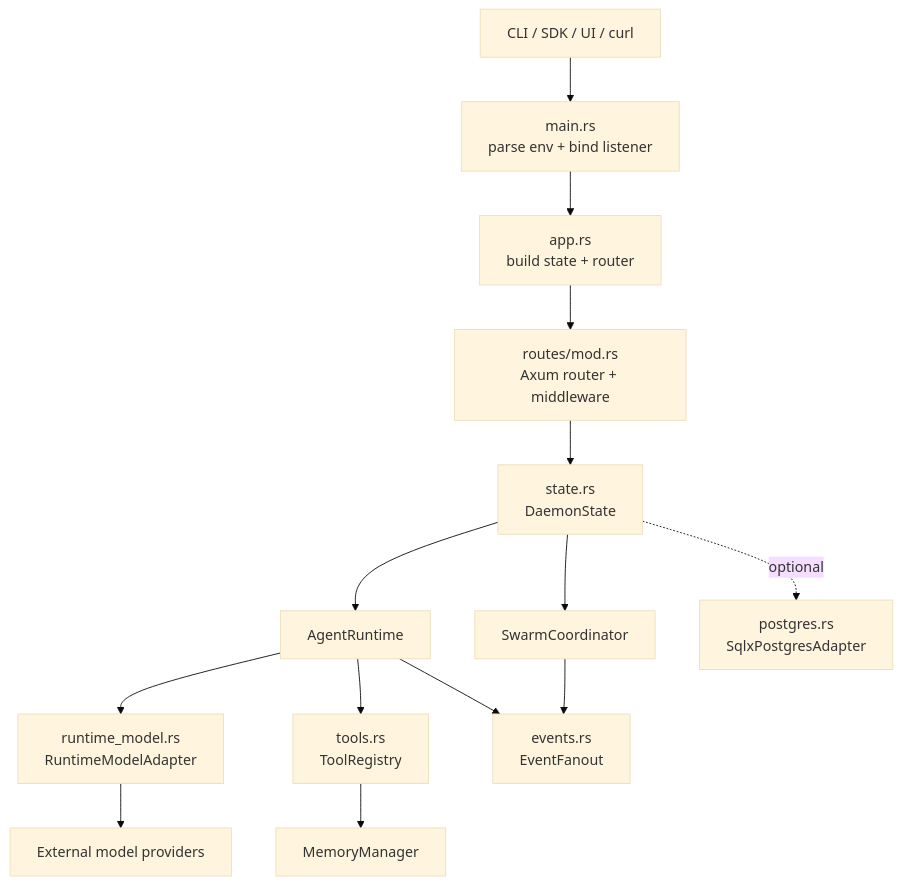
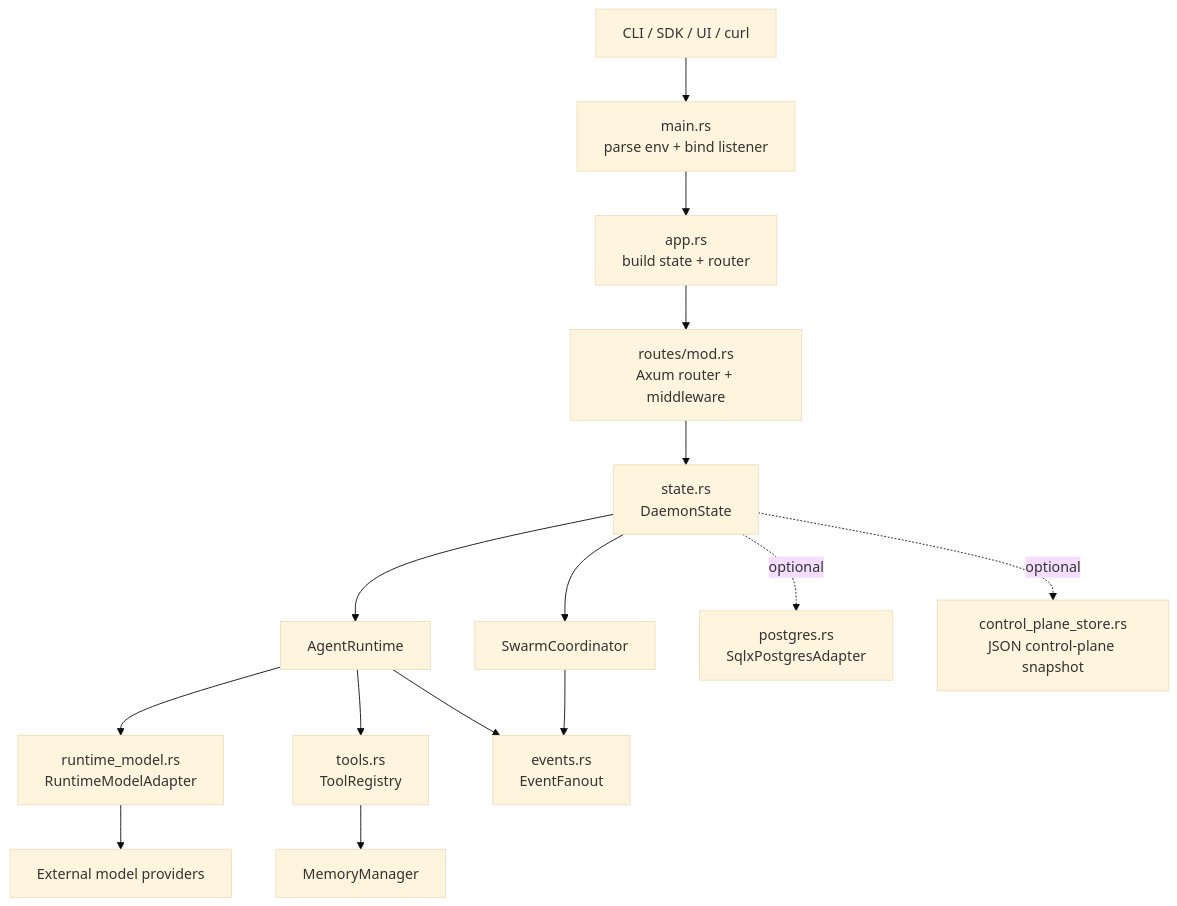
The first of 3 diagrams in docs/rust-daemon-architecture.md (G9000/animaOS-SWARM), drawn with Mermaid (base theme) before and after one commit. The commit also changed other lines of this file and 103 other files, not shown here.

````diff
--- a/docs/rust-daemon-architecture.md
+++ b/docs/rust-daemon-architecture.md
@@ -27,30 +28,32 @@
 ```mermaid
 graph TD
     Client["CLI / SDK / UI / curl"]
     Main["main.rs\nparse env + bind listener"]
     App["app.rs\nbuild state + router"]
     Router["routes/mod.rs\nAxum router + middleware"]
     State["state.rs\nDaemonState"]
     Runtime["AgentRuntime"]
     Swarm["SwarmCoordinator"]
     Model["runtime_model.rs\nRuntimeModelAdapter"]
     Tools["tools.rs\nToolRegistry"]
     Memory["MemoryManager"]
     Events["events.rs\nEventFanout"]
     Postgres["postgres.rs\nSqlxPostgresAdapter"]
+    ControlPlane["control_plane_store.rs\nJSON control-plane snapshot"]
     Providers["External model providers"]
 
     Client --> Main
     Main --> App
     App --> Router
     Router --> State
     State --> Runtime
     State --> Swarm
     Runtime --> Model
     Runtime --> Tools
     Tools --> Memory
     Swarm --> Events
     Runtime --> Events
     Model --> Providers
     State -. optional .-> Postgres
+    State -. optional .-> ControlPlane
 ```
````
